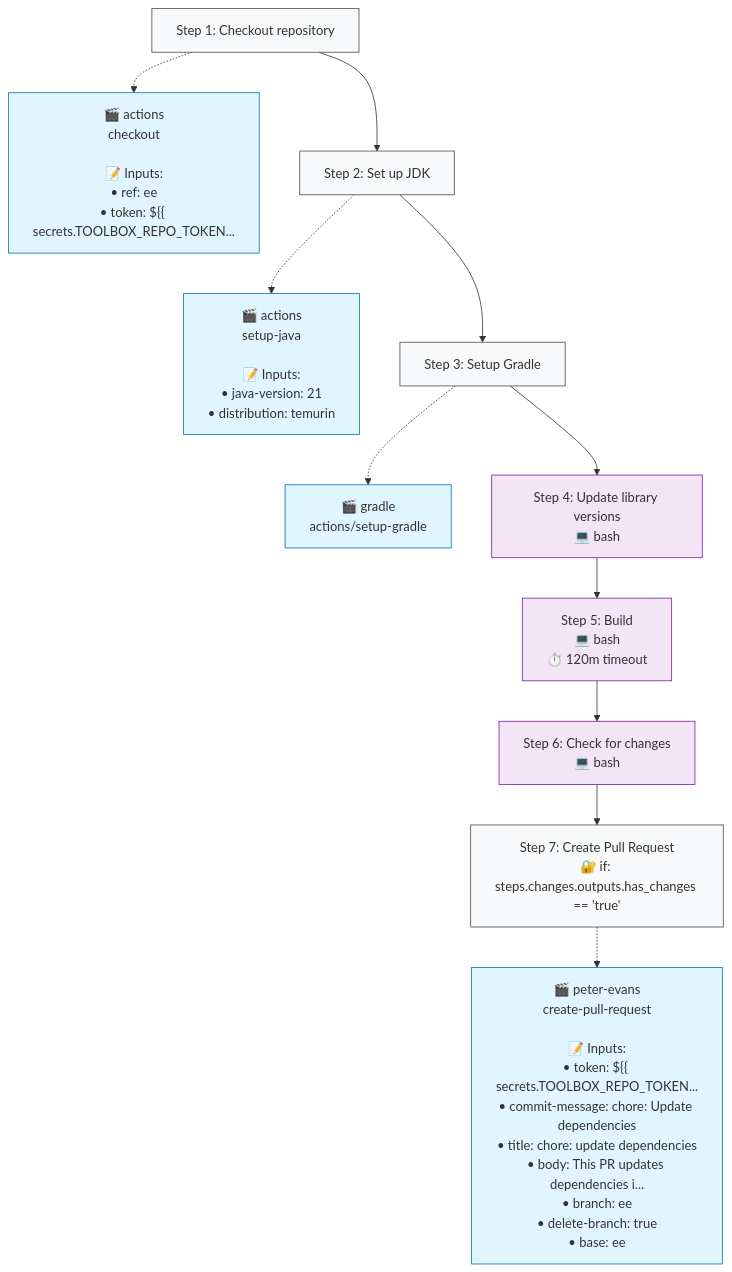
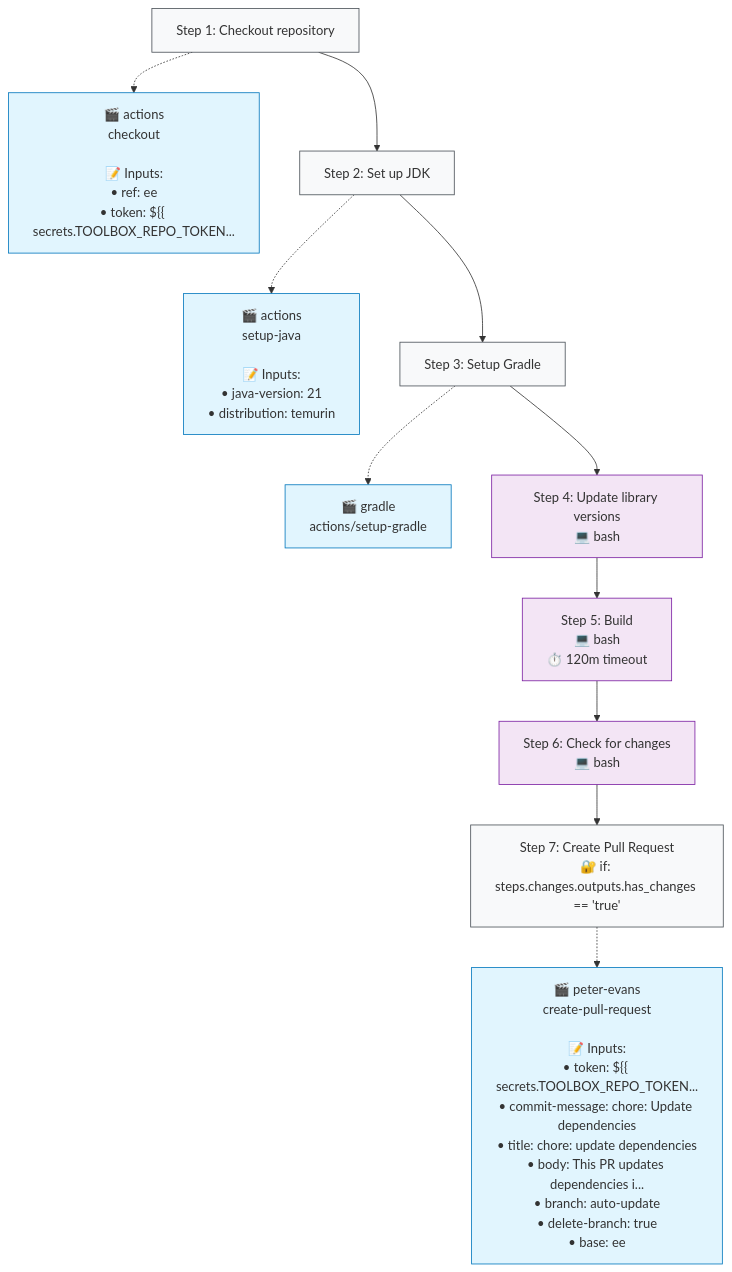
One commit to http4k/http4k changed the second of 2 diagrams in .github/typeflows/update-dependencies/README.md. Above: the diagram before and after it, drawn with Mermaid. The commit also changed 2 other files, not shown here.

Commit message:
Update update dependencies target

````diff
--- a/.github/typeflows/update-dependencies/README.md
+++ b/.github/typeflows/update-dependencies/README.md
@@ -24,36 +24,36 @@
 ```mermaid
 %%{init: {"flowchart": {"curve": "basis"}}}%%
 flowchart TD
     step1["Step 1: Checkout repository"]
     style step1 fill:#f8f9fa,stroke:#495057
     action1["🎬 actions<br/>checkout<br/><br/>📝 Inputs:<br/>• ref: ee<br/>• token: ${{ secrets.TOOLBOX_REPO_TOKEN..."]
     style action1 fill:#e1f5fe,stroke:#0277bd
     step1 -.-> action1
     step2["Step 2: Set up JDK"]
     style step2 fill:#f8f9fa,stroke:#495057
     action2["🎬 actions<br/>setup-java<br/><br/>📝 Inputs:<br/>• java-version: 21<br/>• distribution: temurin"]
     style action2 fill:#e1f5fe,stroke:#0277bd
     step2 -.-> action2
     step1 --> step2
     step3["Step 3: Setup Gradle"]
     style step3 fill:#f8f9fa,stroke:#495057
     action3["🎬 gradle<br/>actions/setup-gradle"]
     style action3 fill:#e1f5fe,stroke:#0277bd
     step3 -.-> action3
     step2 --> step3
     step4["Step 4: Update library versions<br/>💻 bash"]
     style step4 fill:#f3e5f5,stroke:#7b1fa2
     step3 --> step4
     step5["Step 5: Build<br/>💻 bash<br/>⏱️ 120m timeout"]
     style step5 fill:#f3e5f5,stroke:#7b1fa2
     step4 --> step5
     step6["Step 6: Check for changes<br/>💻 bash"]
     style step6 fill:#f3e5f5,stroke:#7b1fa2
     step5 --> step6
     step7["Step 7: Create Pull Request<br/>🔐 if: steps.changes.outputs.has_changes == 'true'"]
     style step7 fill:#f8f9fa,stroke:#495057
-    action7["🎬 peter-evans<br/>create-pull-request<br/><br/>📝 Inputs:<br/>• token: ${{ secrets.TOOLBOX_REPO_TOKEN...<br/>• commit-message: chore: Update dependencies<br/>• title: chore: update dependencies<br/>• body: This PR updates dependencies i...<br/>• branch: ee<br/>• delete-branch: true<br/>• base: ee"]
+    action7["🎬 peter-evans<br/>create-pull-request<br/><br/>📝 Inputs:<br/>• token: ${{ secrets.TOOLBOX_REPO_TOKEN...<br/>• commit-message: chore: Update dependencies<br/>• title: chore: update dependencies<br/>• body: This PR updates dependencies i...<br/>• branch: auto-update<br/>• delete-branch: true<br/>• base: ee"]
     style action7 fill:#e1f5fe,stroke:#0277bd
     step7 -.-> action7
     step6 --> step7
 ```
````
